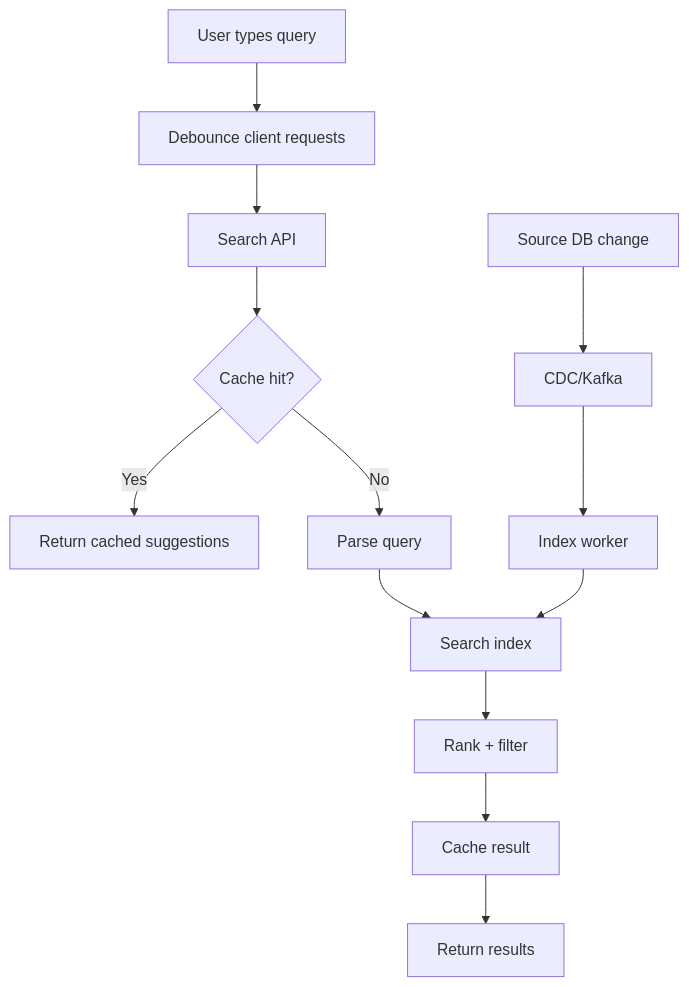
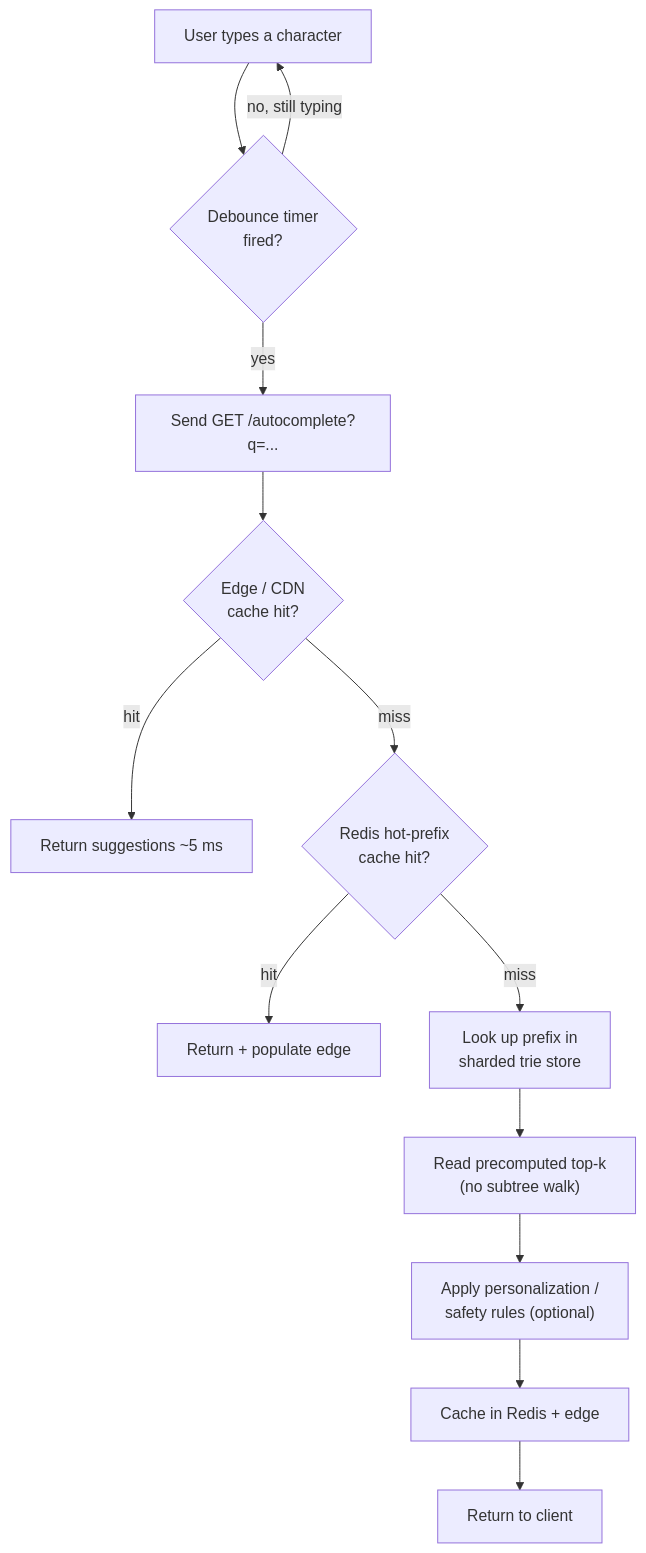
The fourth of 11 diagrams in files/07-design-questions/09-search-autocomplete.md (pankajThakur1874/studysheet), drawn with Mermaid before and after one commit. The commit also changed other lines of this file and 6 other files, not shown here.

````diff
--- a/files/07-design-questions/09-search-autocomplete.md
+++ b/files/07-design-questions/09-search-autocomplete.md
@@ -81,15 +300,14 @@
 ```mermaid
 flowchart TD
-    A[User types query] --> B[Debounce client requests]
-    B --> C[Search API]
-    C --> D{"Cache hit?"}
-    D -->|Yes| E[Return cached suggestions]
-    D -->|No| F[Parse query]
-    F --> G[Search index]
-    G --> H["Rank + filter"]
-    H --> I[Cache result]
-    I --> J[Return results]
-    K[Source DB change] --> L["CDC/Kafka"]
-    L --> M[Index worker]
-    M --> G
+    A[User types a character] --> B{Debounce timer<br/>fired?}
+    B -->|no, still typing| A
+    B -->|yes| C["Send GET /autocomplete?q=..."]
+    C --> D{Edge / CDN<br/>cache hit?}
+    D -->|hit| E[Return suggestions ~5 ms]
+    D -->|miss| F{Redis hot-prefix<br/>cache hit?}
+    F -->|hit| G[Return + populate edge]
+    F -->|miss| H["Look up prefix in<br/>sharded trie store"]
+    H --> I["Read precomputed top-k<br/>(no subtree walk)"]
+    I --> J["Apply personalization /<br/>safety rules (optional)"]
+    J --> K[Cache in Redis + edge] --> L[Return to client]
 ```
````
